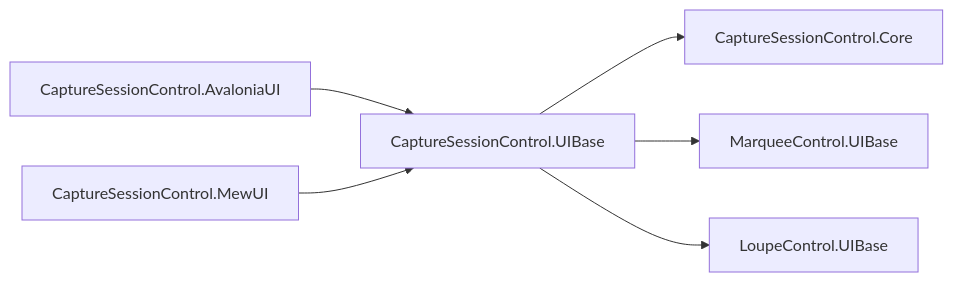
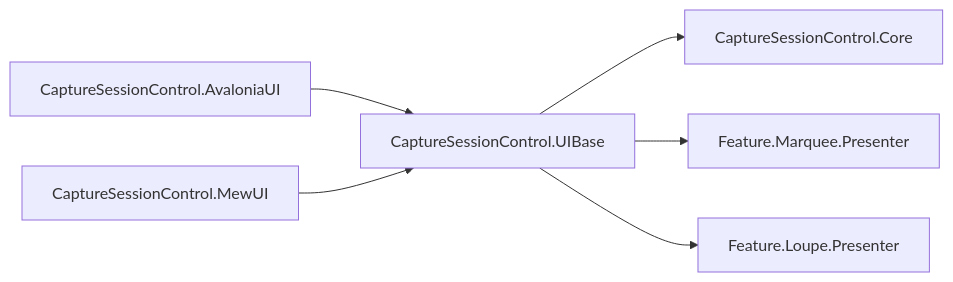
Before and after one commit to tomokuni/SaveEvidence: the first of 3 diagrams in src/CaptureSessionControl.UIBase/SPEC_System.md, drawn with Mermaid. The commit also changed other lines of this file and 334 other files, not shown here.

````diff
--- a/src/CaptureSessionControl.UIBase/SPEC_System.md
+++ b/src/CaptureSessionControl.UIBase/SPEC_System.md
@@ -27,8 +27,8 @@
 ```mermaid
 graph LR
   A[CaptureSessionControl.AvaloniaUI] --> U[CaptureSessionControl.UIBase]
   B[CaptureSessionControl.MewUI] --> U
   U --> C[CaptureSessionControl.Core]
-  U --> M[MarqueeControl.UIBase]
-  U --> L[LoupeControl.UIBase]
+  U --> M[Feature.Marquee.Presenter]
+  U --> L[Feature.Loupe.Presenter]
 ```
````
